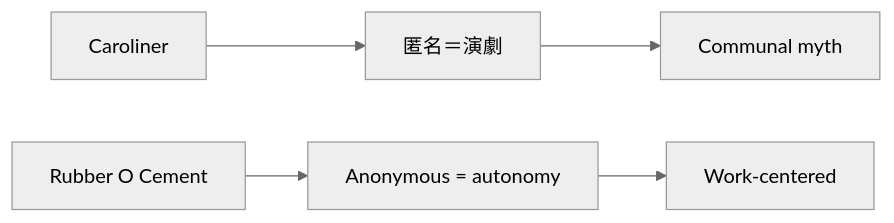
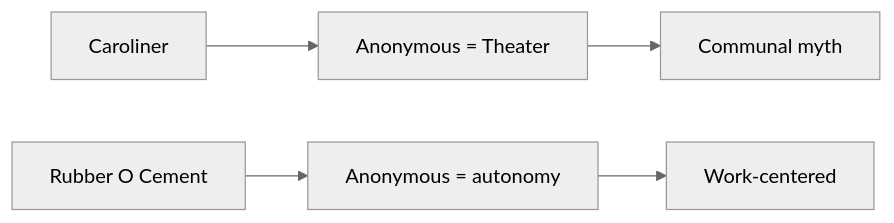
The third of 9 diagrams in en/_posts/2026-07-07-column-angine-de-poitrine-caroliner-rubber-o-cement.md (monumental-movement/monumental-movement.github.io), drawn with Mermaid (neutral theme) before and after one commit. The commit also changed other lines of this file and 851 other files, not shown here.

```diff
--- a/en/_posts/2026-07-07-column-angine-de-poitrine-caroliner-rubber-o-cement.md
+++ b/en/_posts/2026-07-07-column-angine-de-poitrine-caroliner-rubber-o-cement.md
@@ -354,18 +354,18 @@
 <div class="mermaid">
 flowchart LR
 
 A["Caroliner"]
-B["匿名＝演劇"]
+B["Anonymous = Theater"]
 C["Communal myth"]
 
 D["Rubber O Cement"]
 E["Anonymous = autonomy"]
 F["Work-centered"]
 
 A --> B
 B --> C
 
 D --> E
 E --> F
 
 </div>
```
